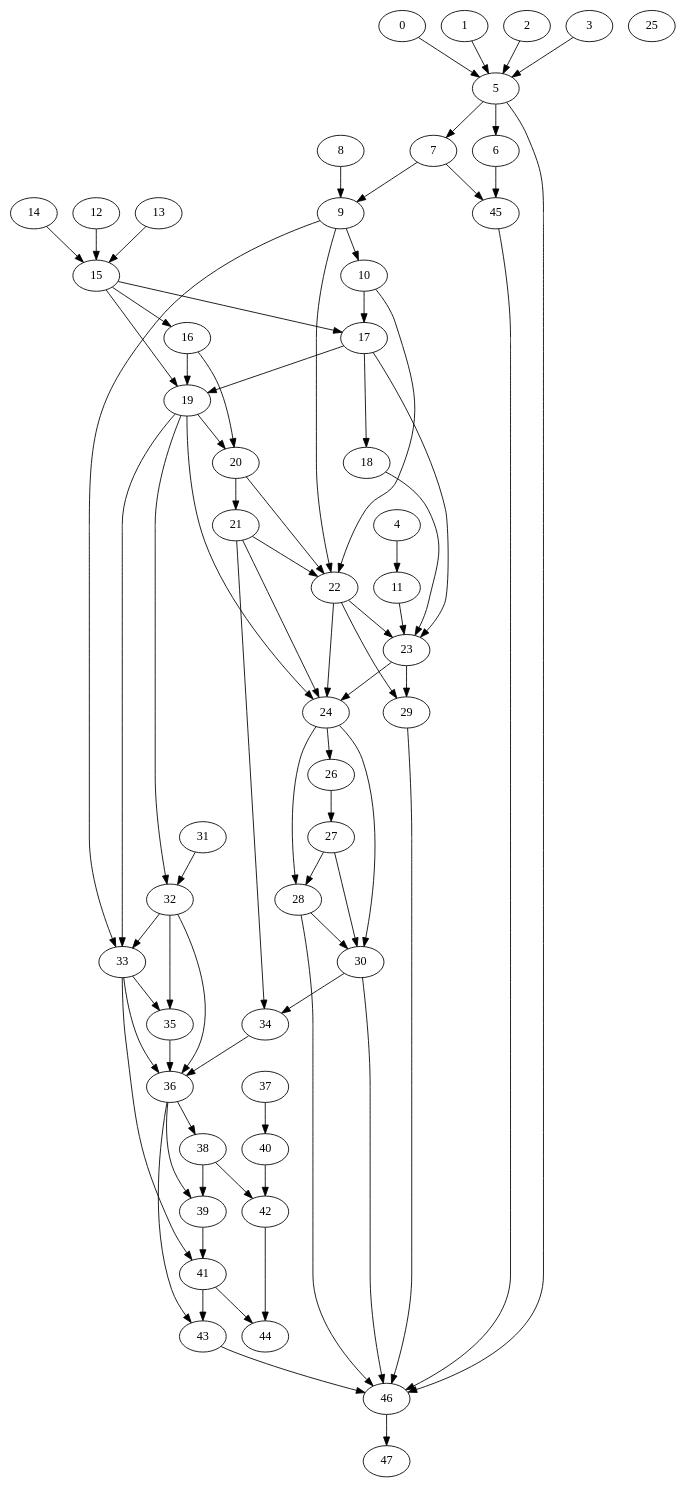
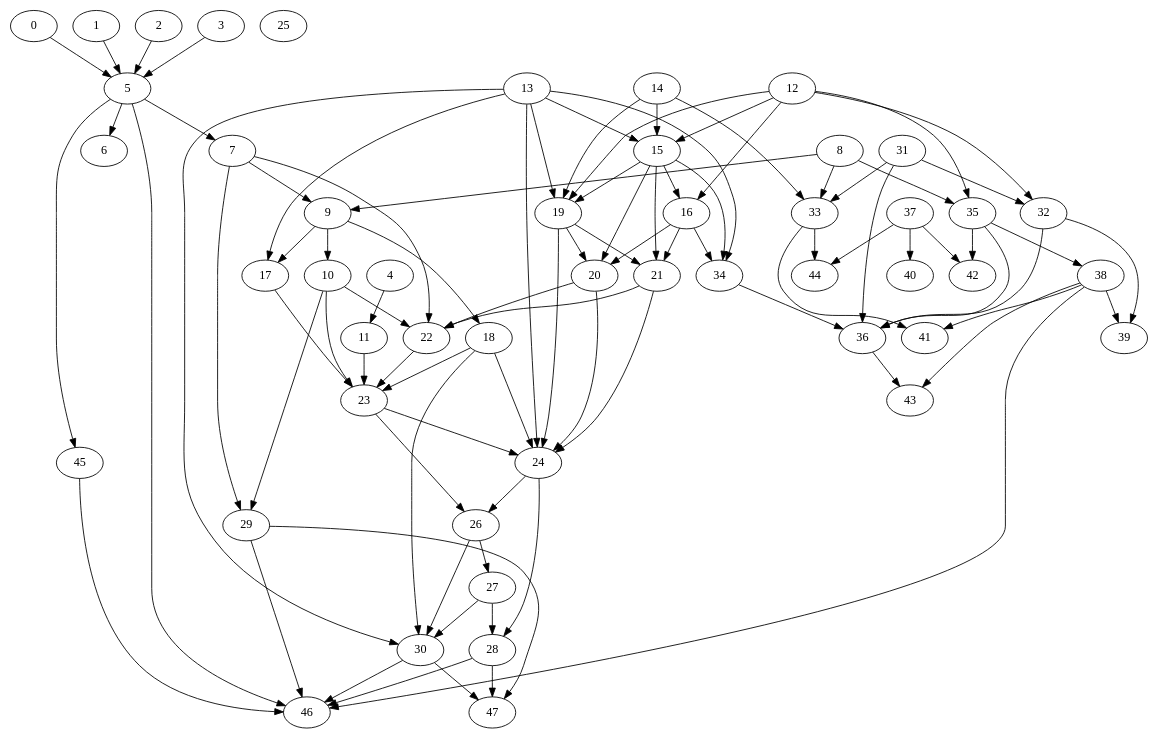
One commit to clarkfitzg/phd_research changed the diagram in codedepends/traffic/traffic.dot. Above: the diagram before and after it, drawn with Graphviz. The commit also changed 2 other files, not shown here.

```diff
--- a/codedepends/traffic/traffic.dot
+++ b/codedepends/traffic/traffic.dot
@@ -1,130 +1,142 @@
 /* Created by igraph @VERSION@ */
 digraph {
   0;
   1;
   2;
   3;
   4;
   5;
   6;
   7;
   8;
   9;
   10;
   11;
   12;
   13;
   14;
   15;
   16;
   17;
   18;
   19;
   20;
   21;
   22;
   23;
   24;
   25;
   26;
   27;
   28;
   29;
   30;
   31;
   32;
   33;
   34;
   35;
   36;
   37;
   38;
   39;
   40;
   41;
   42;
   43;
   44;
   45;
   46;
   47;
 
   0 -> 5;
   1 -> 5;
   2 -> 5;
   3 -> 5;
   4 -> 11;
   5 -> 6;
   5 -> 7;
+  5 -> 45;
   5 -> 46;
-  6 -> 45;
   7 -> 9;
-  7 -> 45;
+  7 -> 22;
+  7 -> 29;
   8 -> 9;
+  8 -> 33;
+  8 -> 35;
   9 -> 10;
-  9 -> 22;
-  9 -> 33;
-  10 -> 17;
+  9 -> 17;
+  9 -> 18;
   10 -> 22;
+  10 -> 23;
+  10 -> 29;
   11 -> 23;
   12 -> 15;
+  12 -> 16;
+  12 -> 19;
+  12 -> 32;
+  12 -> 35;
   13 -> 15;
+  13 -> 17;
+  13 -> 19;
+  13 -> 24;
+  13 -> 30;
+  13 -> 34;
   14 -> 15;
+  14 -> 19;
+  14 -> 33;
   15 -> 16;
-  15 -> 17;
   15 -> 19;
-  16 -> 19;
+  15 -> 20;
+  15 -> 21;
+  15 -> 34;
   16 -> 20;
-  17 -> 18;
-  17 -> 19;
+  16 -> 21;
+  16 -> 34;
   17 -> 23;
   18 -> 23;
+  18 -> 24;
+  18 -> 30;
   19 -> 20;
+  19 -> 21;
   19 -> 24;
-  19 -> 32;
-  19 -> 33;
-  20 -> 21;
   20 -> 22;
+  20 -> 24;
   21 -> 22;
   21 -> 24;
-  21 -> 34;
   22 -> 23;
-  22 -> 24;
-  22 -> 29;
   23 -> 24;
-  23 -> 29;
+  23 -> 26;
   24 -> 26;
   24 -> 28;
-  24 -> 30;
   26 -> 27;
+  26 -> 30;
   27 -> 28;
   27 -> 30;
-  28 -> 30;
   28 -> 46;
+  28 -> 47;
   29 -> 46;
-  30 -> 34;
+  29 -> 47;
   30 -> 46;
+  30 -> 47;
   31 -> 32;
-  32 -> 33;
-  32 -> 35;
+  31 -> 33;
+  31 -> 36;
   32 -> 36;
-  33 -> 35;
-  33 -> 36;
+  32 -> 39;
   33 -> 41;
+  33 -> 44;
   34 -> 36;
   35 -> 36;
-  36 -> 38;
-  36 -> 39;
+  35 -> 38;
+  35 -> 42;
   36 -> 43;
   37 -> 40;
+  37 -> 42;
+  37 -> 44;
   38 -> 39;
-  38 -> 42;
-  39 -> 41;
-  40 -> 42;
-  41 -> 43;
-  41 -> 44;
-  42 -> 44;
-  43 -> 46;
+  38 -> 41;
+  38 -> 43;
+  38 -> 46;
   45 -> 46;
-  46 -> 47;
 }
```
